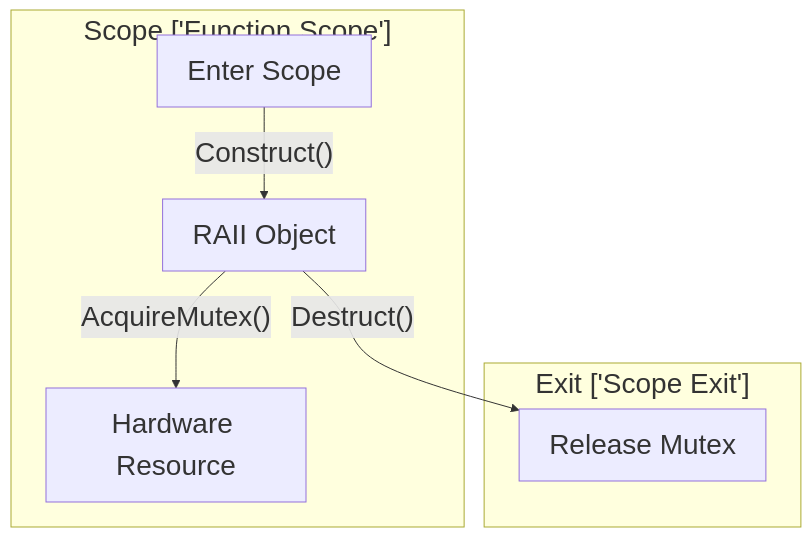
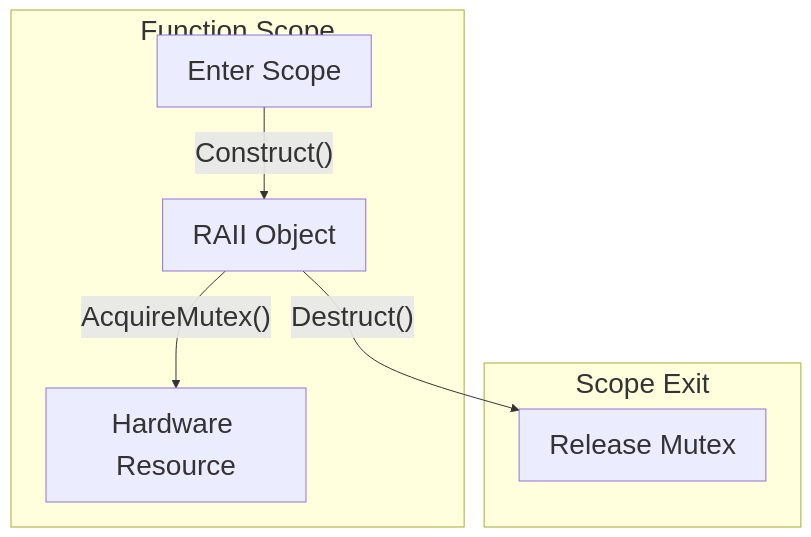
The diagram in skills/embedded-systems/c-cpp-patterns/SKILL.md (j4flmao/agent-skills), drawn with Mermaid before and after one commit. The commit also changed 38 other files, not shown here.

Commit message:
style(skills): Add padding to Mermaid subgraphs to prevent label overlap with nodes

````diff
--- a/skills/embedded-systems/c-cpp-patterns/SKILL.md
+++ b/skills/embedded-systems/c-cpp-patterns/SKILL.md
@@ -7,11 +7,11 @@
 ```mermaid
 %%{init: {"theme": "default", "themeVariables": {"fontSize": "28px"}, "flowchart": {"useMaxWidth": false}}}%%
 flowchart TD
-    subgraph ScopeFunctionScope ["Scope ['Function Scope']"]
+    subgraph ScopeFunctionScope ["Function Scope<br/>"]
         A[Enter Scope] -->|"Construct()"| B[RAII Object]
         B -->|"AcquireMutex()"| C[Hardware Resource]
     end
-    subgraph ExitScopeExit ["Exit ['Scope Exit']"]
+    subgraph ExitScopeExit ["Scope Exit<br/>"]
         B -->|"Destruct()"| D[Release Mutex]
     end
 ```
````
